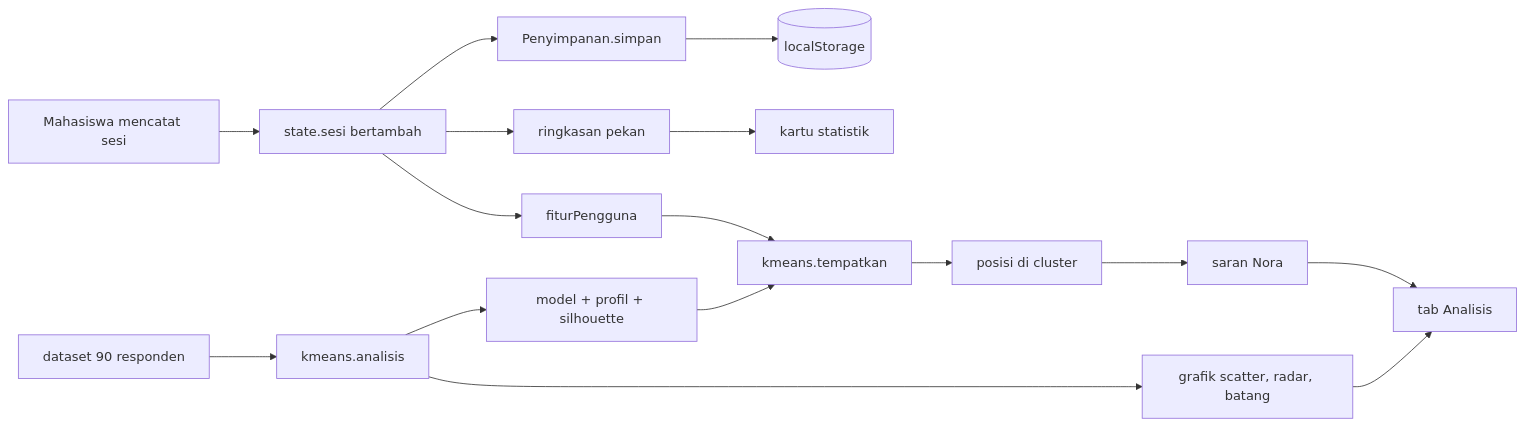
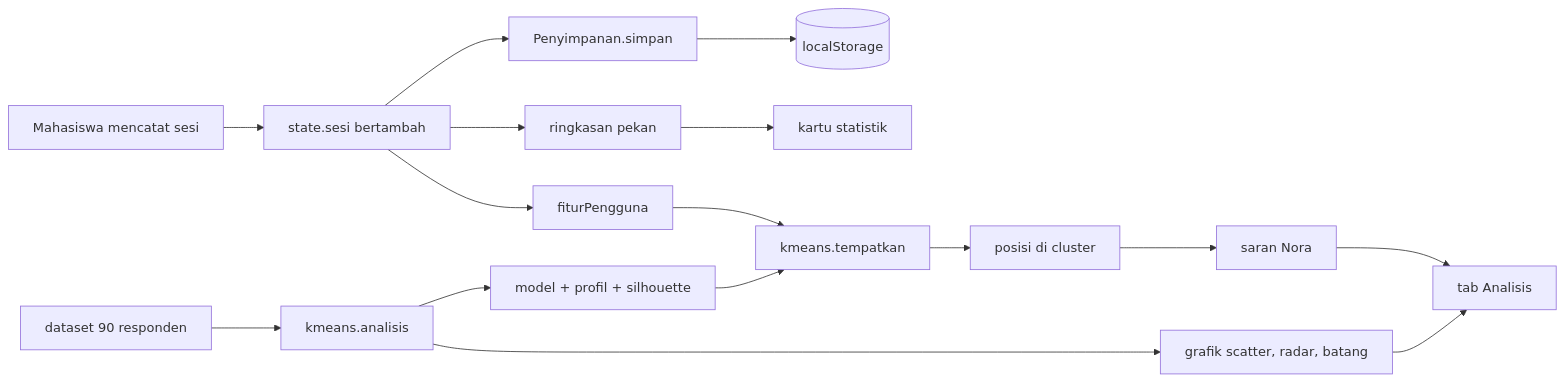
Before and after one commit to whitefoxrakka-cloud/studytrack-ssd30-progress: the third of 6 diagrams in laporan/tahap-4-arsitektur-basis-data.md, drawn with Mermaid. The commit also changed other lines of this file and 10 other files, not shown here.

````diff
--- a/laporan/tahap-4-arsitektur-basis-data.md
+++ b/laporan/tahap-4-arsitektur-basis-data.md
@@ -145,18 +147,19 @@
 ```mermaid
+%%{init: {"flowchart": {"wrappingWidth": 340, "nodeSpacing": 45, "rankSpacing": 50}}}%%
 flowchart LR
   A["Mahasiswa mencatat sesi"] --> B["state.sesi bertambah"]
   B --> C["Penyimpanan.simpan"]
   C --> D[("localStorage")]
   B --> E["ringkasan pekan"]
   E --> F["kartu statistik"]
   B --> G["fiturPengguna"]
   G --> H["kmeans.tempatkan"]
   I["dataset 90 responden"] --> J["kmeans.analisis"]
   J --> K["model + profil + silhouette"]
   K --> H
   H --> L["posisi di cluster"]
   J --> M["grafik scatter, radar, batang"]
   L --> N["saran Nora"]
   M --> O["tab Analisis"]
   N --> O
 ```
````
